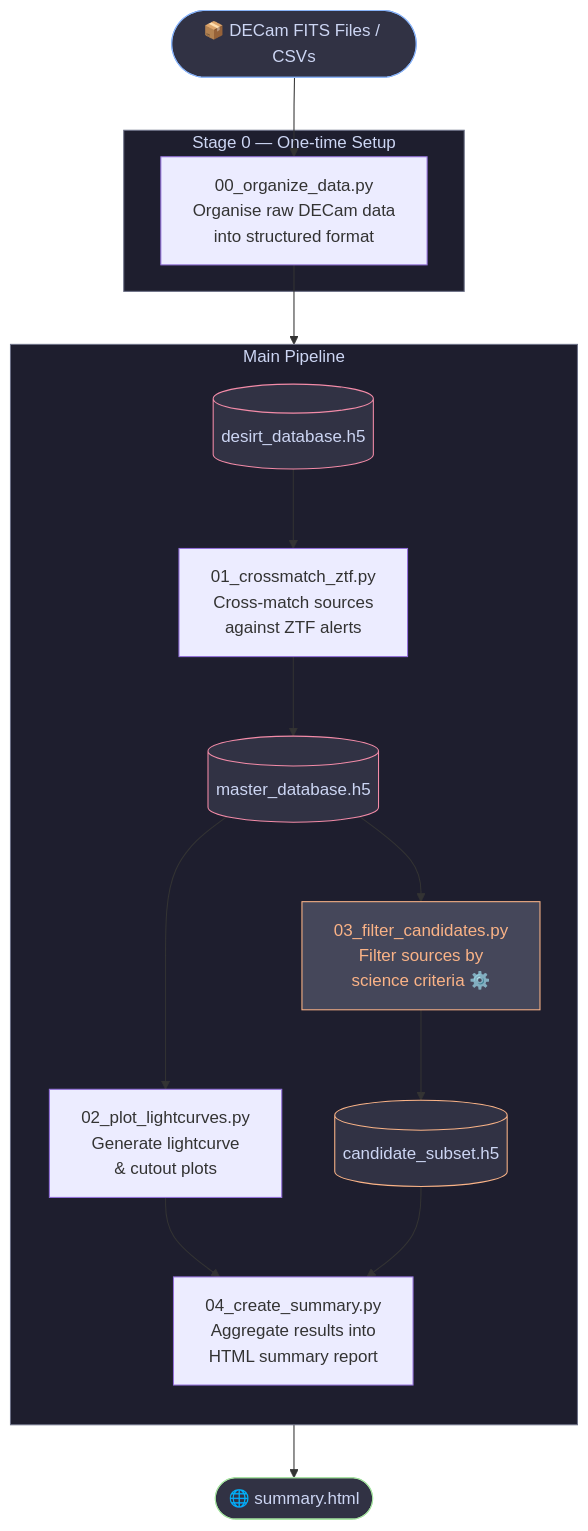
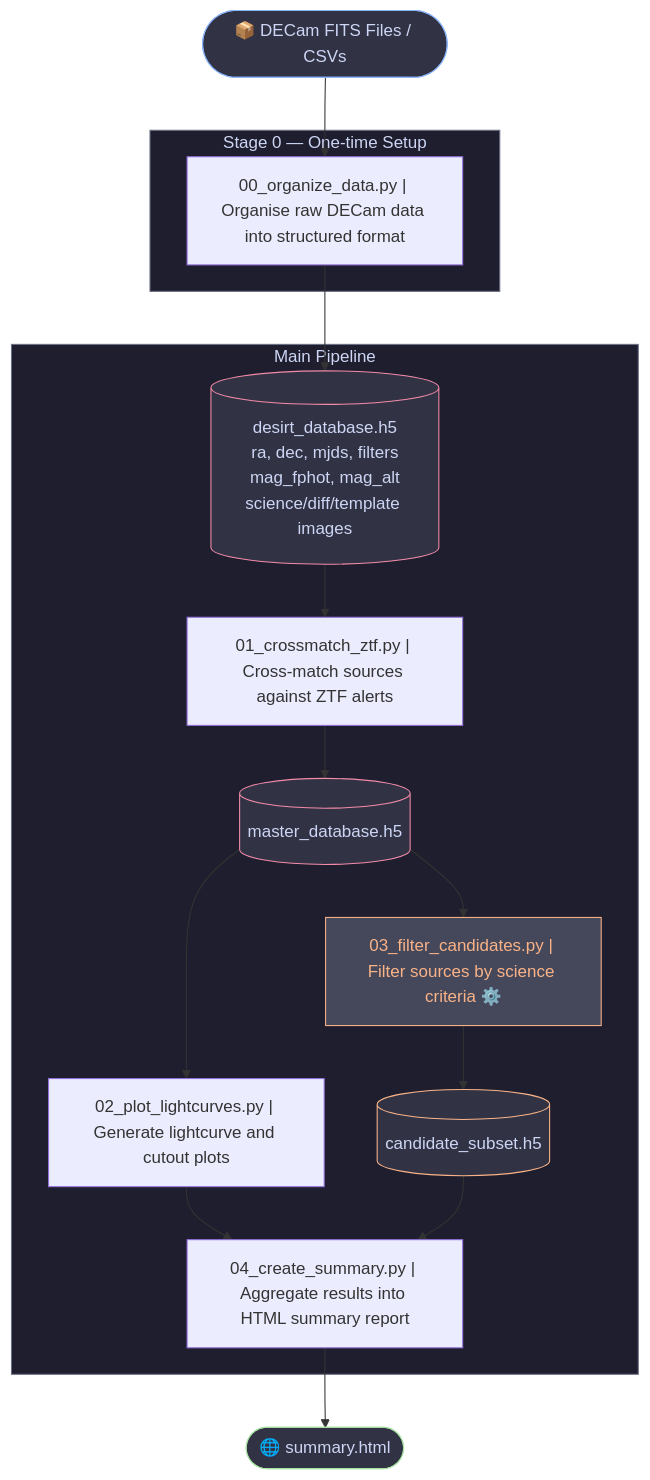
One commit to anirudhsalgundi/desirt_lightcurves changed the diagram in README.md. Above: the diagram before and after it, drawn with Mermaid. The commit also changed other lines of this file, not shown here.

Commit message:
Refactor README.md for clarity and formatting improvements in flowchart descriptions

````diff
--- a/README.md
+++ b/README.md
@@ -1,35 +1,31 @@
 ```mermaid
 flowchart TD
     A([📦 DECam FITS Files / CSVs]) --> B
 
     subgraph SETUP ["Stage 0 — One-time Setup"]
-        B["00_organize_data.py\nOrganise raw DECam data\ninto structured format"]
+        B["00_organize_data.py | Organise raw DECam data into structured format"]
     end
 
-    B --> C[(desirt_database.h5)]
+    B --> C[(desirt_database.h5\nra, dec, mjds, filters\nmag_fphot, mag_alt\nscience/diff/template images)]
 
     subgraph PIPELINE ["Main Pipeline"]
-        direction TD
-        C --> D["01_crossmatch_ztf.py\nCross-match sources\nagainst ZTF alerts"]
+        C --> D["01_crossmatch_ztf.py | Cross-match sources against ZTF alerts"]
         D --> E[(master_database.h5)]
-
-        E --> F["02_plot_lightcurves.py\nGenerate lightcurve\n& cutout plots"]
-        E --> G["03_filter_candidates.py\nFilter sources by\nscience criteria ⚙️"]
-
+        E --> F["02_plot_lightcurves.py | Generate lightcurve and cutout plots"]
+        E --> G["03_filter_candidates.py | Filter sources by science criteria ⚙️"]
         G --> H[(candidate_subset.h5)]
-
-        F --> I
-        H --> I["04_create_summary.py\nAggregate results into\nHTML summary report"]
+        F --> I["04_create_summary.py | Aggregate results into HTML summary report"]
+        H --> I
     end
 
     I --> J([🌐 summary.html])
 
     style SETUP fill:#1e1e2e,stroke:#6c7086,color:#cdd6f4
     style PIPELINE fill:#1e1e2e,stroke:#6c7086,color:#cdd6f4
     style A fill:#313244,stroke:#89b4fa,color:#cdd6f4
     style J fill:#313244,stroke:#a6e3a1,color:#cdd6f4
     style C fill:#313244,stroke:#f38ba8,color:#cdd6f4
     style E fill:#313244,stroke:#f38ba8,color:#cdd6f4
     style H fill:#313244,stroke:#fab387,color:#cdd6f4
     style G fill:#45475a,stroke:#fab387,color:#fab387
 ```
````
